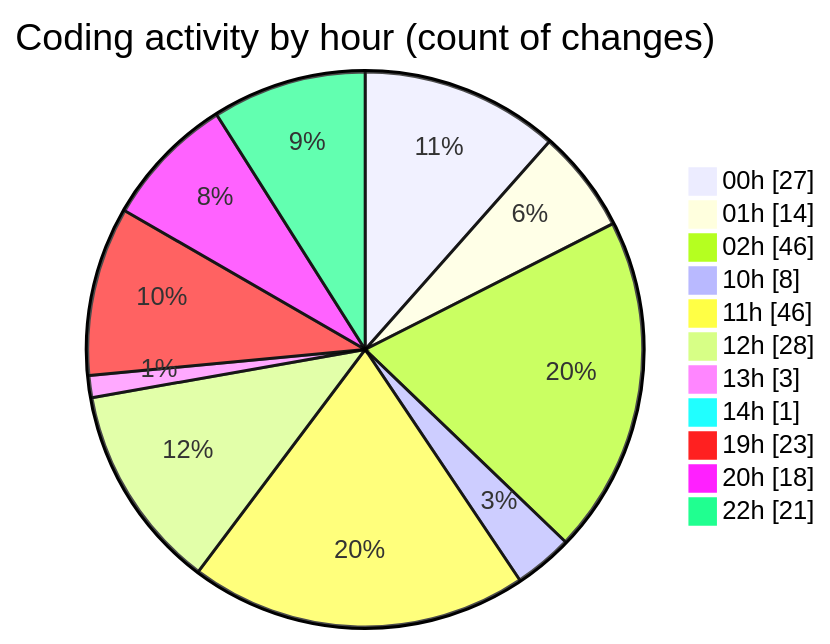
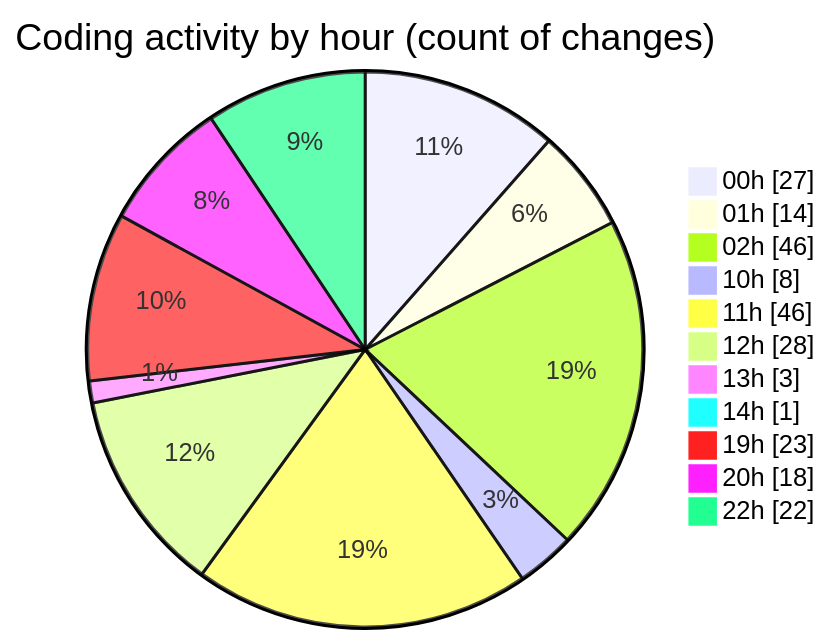
The second of 2 diagrams in 2025-07-17/nhahang/README.md (lephambinh05/code-tracking), drawn with Mermaid before and after one commit. The commit also changed other lines of this file and 1 other file, not shown here.

````diff
--- a/2025-07-17/nhahang/README.md
+++ b/2025-07-17/nhahang/README.md
@@ -101,15 +101,15 @@
 ```mermaid
 pie showData
 title Coding activity by hour (count of changes)
 "00h" : 27
 "01h" : 14
 "02h" : 46
 "10h" : 8
 "11h" : 46
 "12h" : 28
 "13h" : 3
 "14h" : 1
 "19h" : 23
 "20h" : 18
-"22h" : 21
+"22h" : 22
 ```
````
